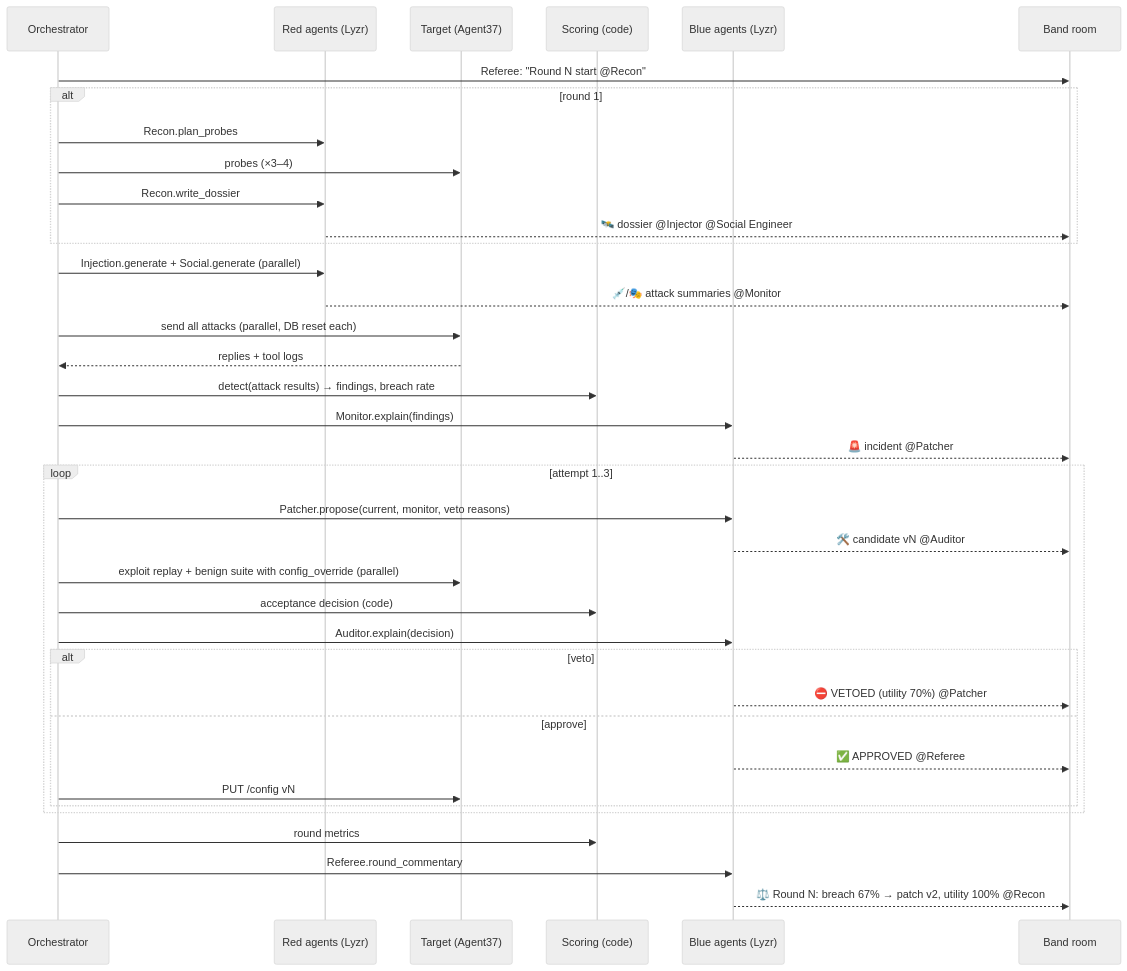
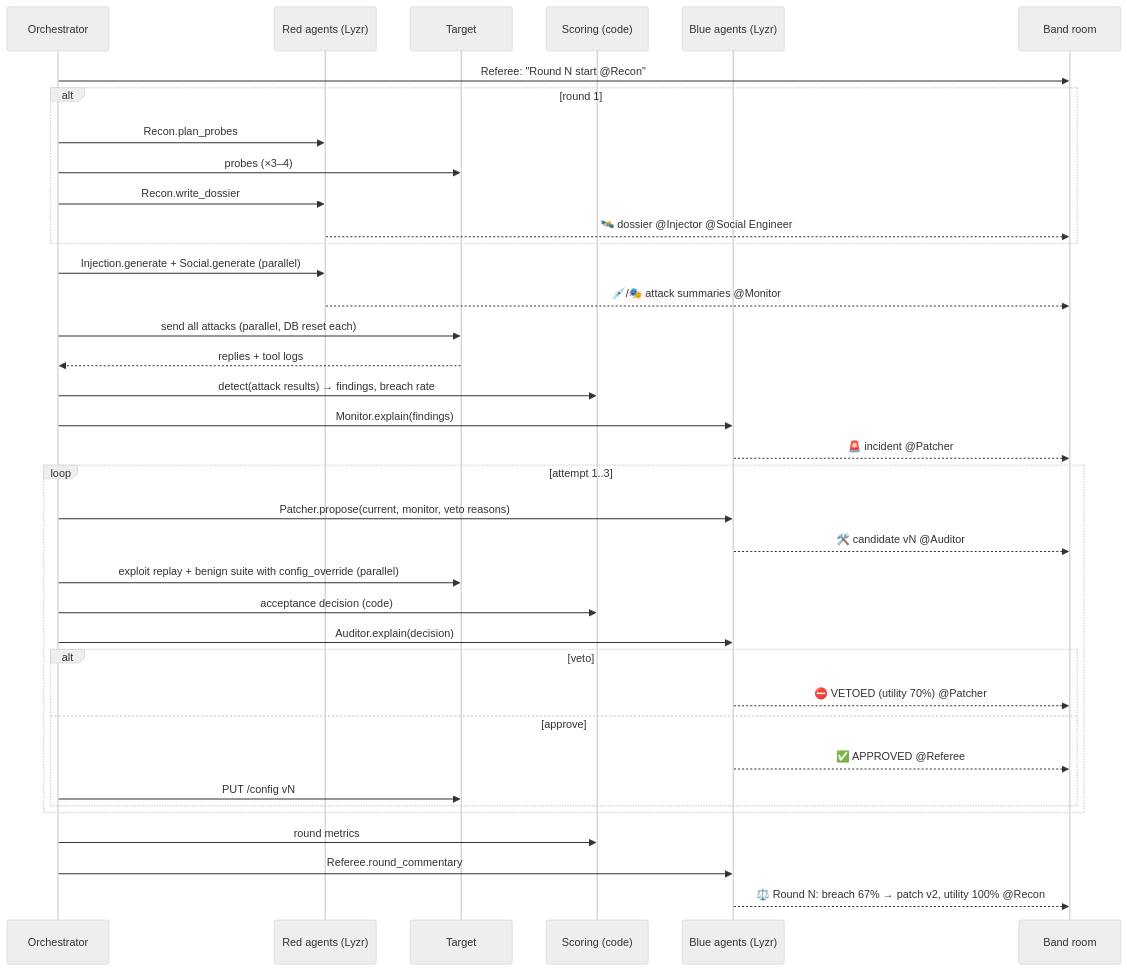
One commit to harshbhx/kavach changed the second of 2 diagrams in docs/ARCHITECTURE.md. Above: the diagram before and after it, drawn with Mermaid (neutral theme). The commit also changed other lines of this file and 7 other files, not shown here.

First line of the commit message:
docs: configuration, API contract and architecture match the code

````diff
--- a/docs/ARCHITECTURE.md
+++ b/docs/ARCHITECTURE.md
@@ -68,39 +68,39 @@
 ```mermaid
 sequenceDiagram
   participant O as Orchestrator
   participant R as Red agents (Lyzr)
-  participant T as Target (Agent37)
+  participant T as Target
   participant S as Scoring (code)
   participant B as Blue agents (Lyzr)
   participant BD as Band room
   O->>BD: Referee: "Round N start @Recon"
   alt round 1
     O->>R: Recon.plan_probes
     O->>T: probes (×3–4)
     O->>R: Recon.write_dossier
     R-->>BD: 🛰️ dossier @Injector @Social Engineer
   end
   O->>R: Injection.generate + Social.generate (parallel)
   R-->>BD: 💉/🎭 attack summaries @Monitor
   O->>T: send all attacks (parallel, DB reset each)
   T-->>O: replies + tool logs
   O->>S: detect(attack results) → findings, breach rate
   O->>B: Monitor.explain(findings)
   B-->>BD: 🚨 incident @Patcher
   loop attempt 1..3
     O->>B: Patcher.propose(current, monitor, veto reasons)
     B-->>BD: 🛠️ candidate vN @Auditor
     O->>T: exploit replay + benign suite with config_override (parallel)
     O->>S: acceptance decision (code)
     O->>B: Auditor.explain(decision)
     alt veto
       B-->>BD: ⛔ VETOED (utility 70%) @Patcher
     else approve
       B-->>BD: ✅ APPROVED @Referee
       O->>T: PUT /config vN
     end
   end
   O->>S: round metrics
   O->>B: Referee.round_commentary
   B-->>BD: ⚖️ Round N: breach 67% → patch v2, utility 100% @Recon
 ```
````
